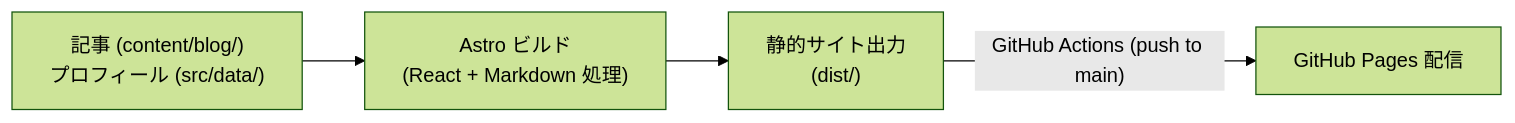
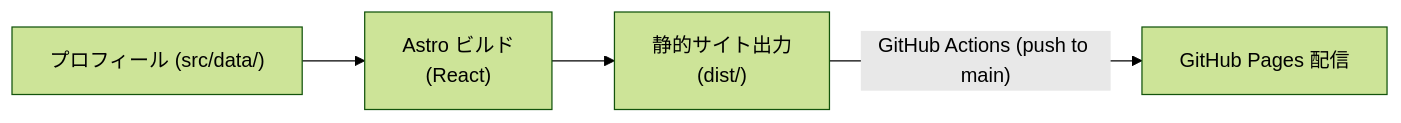
One commit to shin4488/dev-log changed the diagram in README.md. Above: the diagram before and after it, drawn with Mermaid (forest theme). The commit also changed other lines of this file and 39 other files, not shown here.

````diff
--- a/README.md
+++ b/README.md
@@ -12,6 +12,6 @@
 ```mermaid
 flowchart LR
-    Source["記事 (content/blog/)<br>プロフィール (src/data/)"] --> Build["Astro ビルド<br>(React + Markdown 処理)"]
+    Source["プロフィール (src/data/)"] --> Build["Astro ビルド<br>(React)"]
     Build --> Dist["静的サイト出力<br>(dist/)"]
     Dist -->|"GitHub Actions (push to main)"| Pages["GitHub Pages 配信"]
 ```
````
